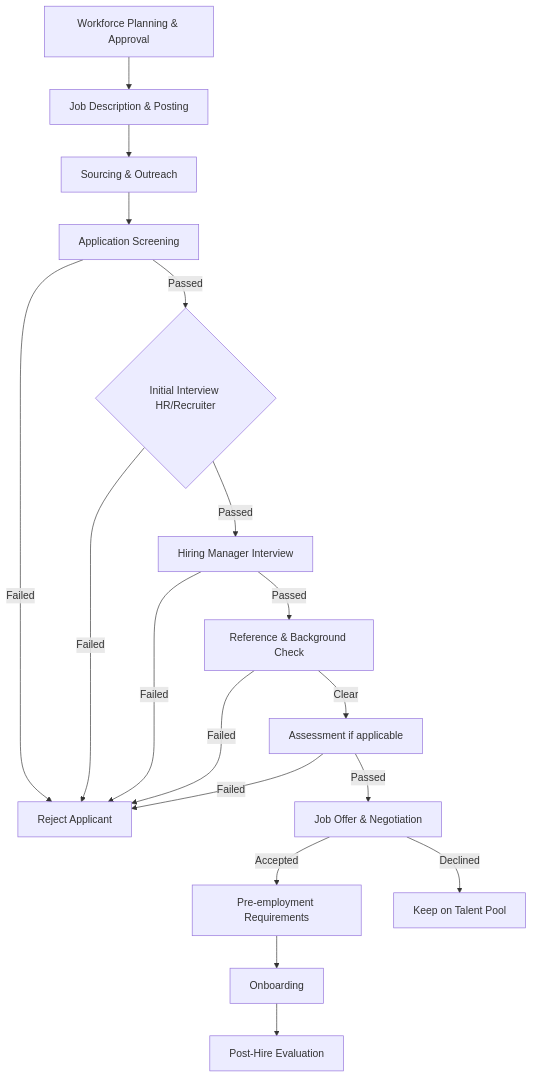
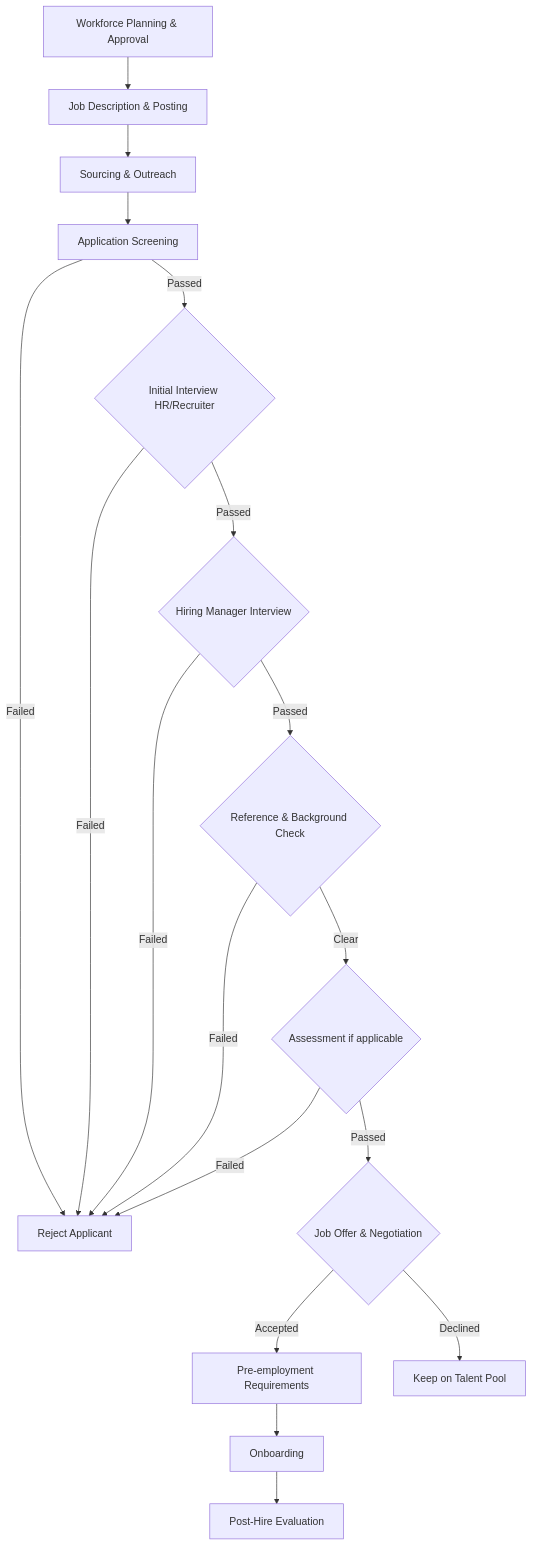
One commit to cholo0105/it_trainings changed the diagram in Flowcharts/Recruitmentflowchart.mmd. Above: the diagram before and after it, drawn with Mermaid.

```diff
--- a/Flowcharts/Recruitmentflowchart.mmd
+++ b/Flowcharts/Recruitmentflowchart.mmd
@@ -1,18 +1,18 @@
 flowchart TD
     A[Workforce Planning & Approval] --> B[Job Description & Posting]
     B --> C[Sourcing & Outreach]
     C --> D[Application Screening]
     D -->|Passed| E{Initial Interview HR/Recruiter}
     D -->|Failed| Z1[Reject Applicant]
-    E -->|Passed| F[Hiring Manager Interview]
+    E -->|Passed| F{Hiring Manager Interview}
     E -->|Failed| Z1
-    F -->|Passed| G[Reference & Background Check]
+    F -->|Passed| G{Reference & Background Check}
     F -->|Failed| Z1
-    G -->|Clear| H[Assessment if applicable]
+    G -->|Clear| H{Assessment if applicable}
     G -->|Failed| Z1
-    H -->|Passed| I[Job Offer & Negotiation]
+    H -->|Passed| I{Job Offer & Negotiation}
     H -->|Failed| Z1
     I -->|Accepted| J[Pre-employment Requirements]
     I -->|Declined| Z2[Keep on Talent Pool]
     J --> K[Onboarding]
     K --> L[Post-Hire Evaluation]
```
